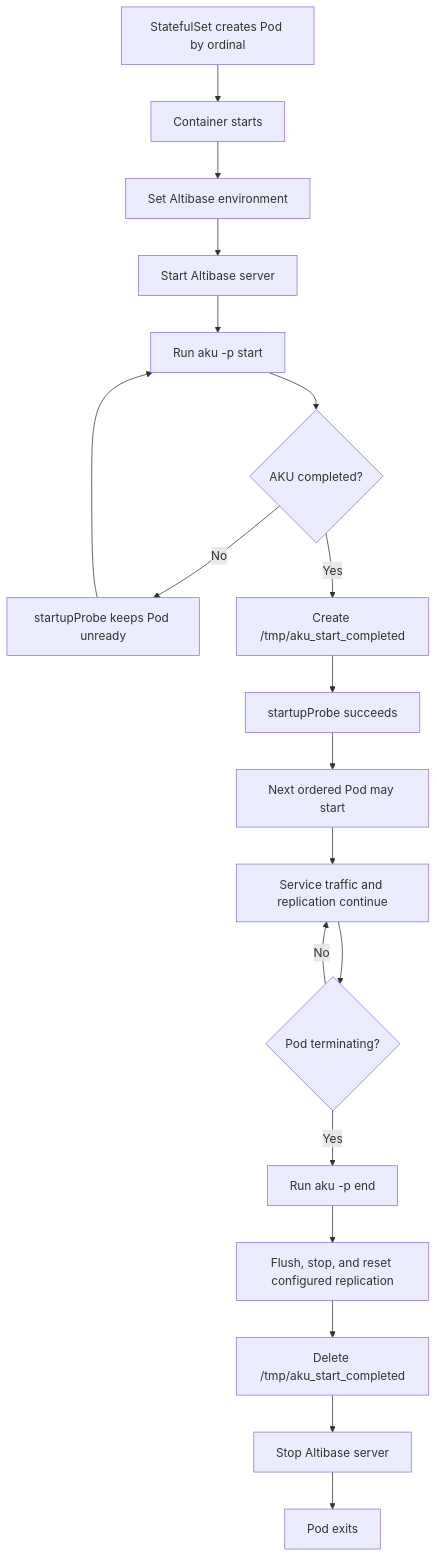
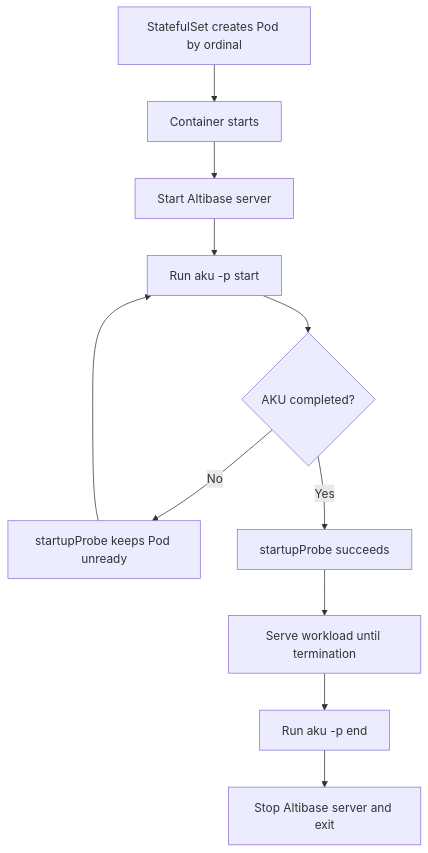
The second of 6 diagrams in GPTs/attachments/17_kubernetes_aku_cloud.md (et16kr/AltibaseDocuments), drawn with Mermaid before and after one commit. The commit also changed other lines of this file and 5 other files, not shown here.

First line of the commit message:
Remediate M21: Split or simplify oversized Mermaid diagrams listed by R14, or move l...

````diff
--- a/GPTs/attachments/17_kubernetes_aku_cloud.md
+++ b/GPTs/attachments/17_kubernetes_aku_cloud.md
@@ -294,21 +294,13 @@
 ```mermaid
 flowchart TD
   A[StatefulSet creates Pod by ordinal] --> B[Container starts]
-  B --> C[Set Altibase environment]
-  C --> D[Start Altibase server]
-  D --> E[Run aku -p start]
-  E --> F{AKU completed?}
-  F -- No --> G[startupProbe keeps Pod unready]
-  G --> E
-  F -- Yes --> H[Create /tmp/aku_start_completed]
-  H --> I[startupProbe succeeds]
-  I --> J[Next ordered Pod may start]
-  J --> K[Service traffic and replication continue]
-  K --> L{Pod terminating?}
-  L -- No --> K
-  L -- Yes --> M[Run aku -p end]
-  M --> N[Flush, stop, and reset configured replication]
-  N --> O[Delete /tmp/aku_start_completed]
-  O --> P[Stop Altibase server]
-  P --> Q[Pod exits]
+  B --> C[Start Altibase server]
+  C --> D[Run aku -p start]
+  D --> E{AKU completed?}
+  E -- No --> F[startupProbe keeps Pod unready]
+  F --> D
+  E -- Yes --> G[startupProbe succeeds]
+  G --> H[Serve workload until termination]
+  H --> I[Run aku -p end]
+  I --> J[Stop Altibase server and exit]
 ```
````
